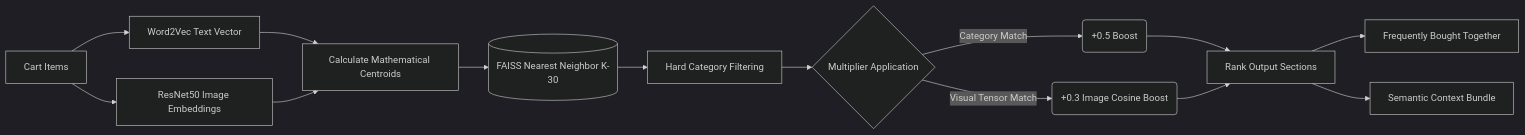
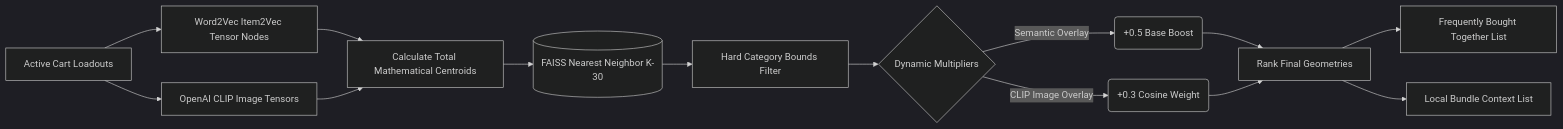
One commit to 404Nikhil/ios-ml-apk changed the second of 3 diagrams in README.md. Above: the diagram before and after it, drawn with Mermaid (dark theme). The commit also changed other lines of this file, not shown here.

````diff
--- a/README.md
+++ b/README.md
@@ -44,15 +60,15 @@
 ```mermaid
 graph LR
-     A[Cart Items] --> B[Word2Vec Text Vector]
-     A --> C[ResNet50 Image Embeddings]
-     B --> D[Calculate Mathematical Centroids]
+     A[Active Cart Loadouts] --> B[Word2Vec Item2Vec Tensor Nodes]
+     A --> C[OpenAI CLIP Image Tensors]
+     B --> D[Calculate Total Mathematical Centroids]
      C --> D
      D --> E[(FAISS Nearest Neighbor K-30)]
-     E --> F[Hard Category Filtering]
-     F --> G{Multiplier Application}
-     G -->|"Category Match"| H("+0.5 Boost")
-     G -->|"Visual Tensor Match"| I("+0.3 Image Cosine Boost")
-     H & I --> J[Rank Output Sections]
-     J --> K[Frequently Bought Together]
-     J --> L[Semantic Context Bundle]
+     E --> F[Hard Category Bounds Filter]
+     F --> G{Dynamic Multipliers}
+     G -->|"Semantic Overlay"| H("+0.5 Base Boost")
+     G -->|"CLIP Image Overlay"| I("+0.3 Cosine Weight")
+     H & I --> J[Rank Final Geometries]
+     J --> K[Frequently Bought Together List]
+     J --> L[Local Bundle Context List]
 ```
````
